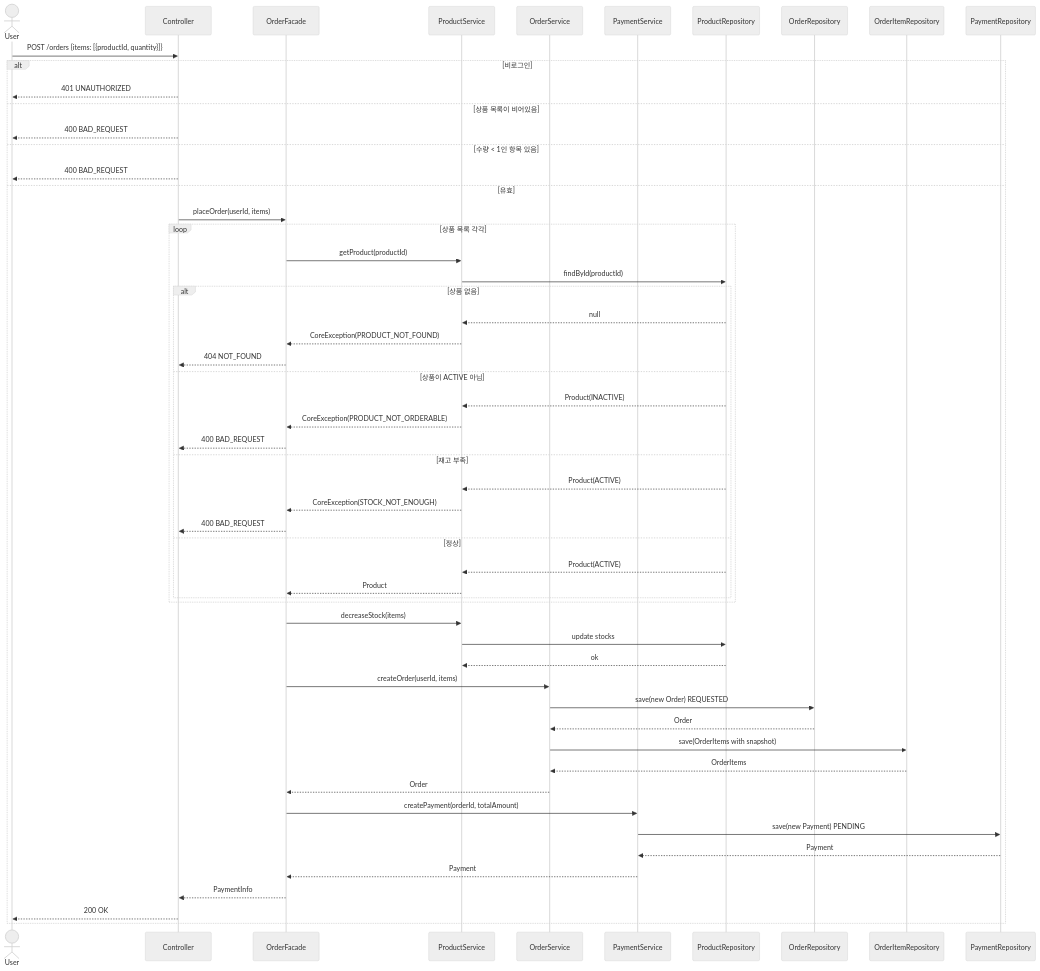
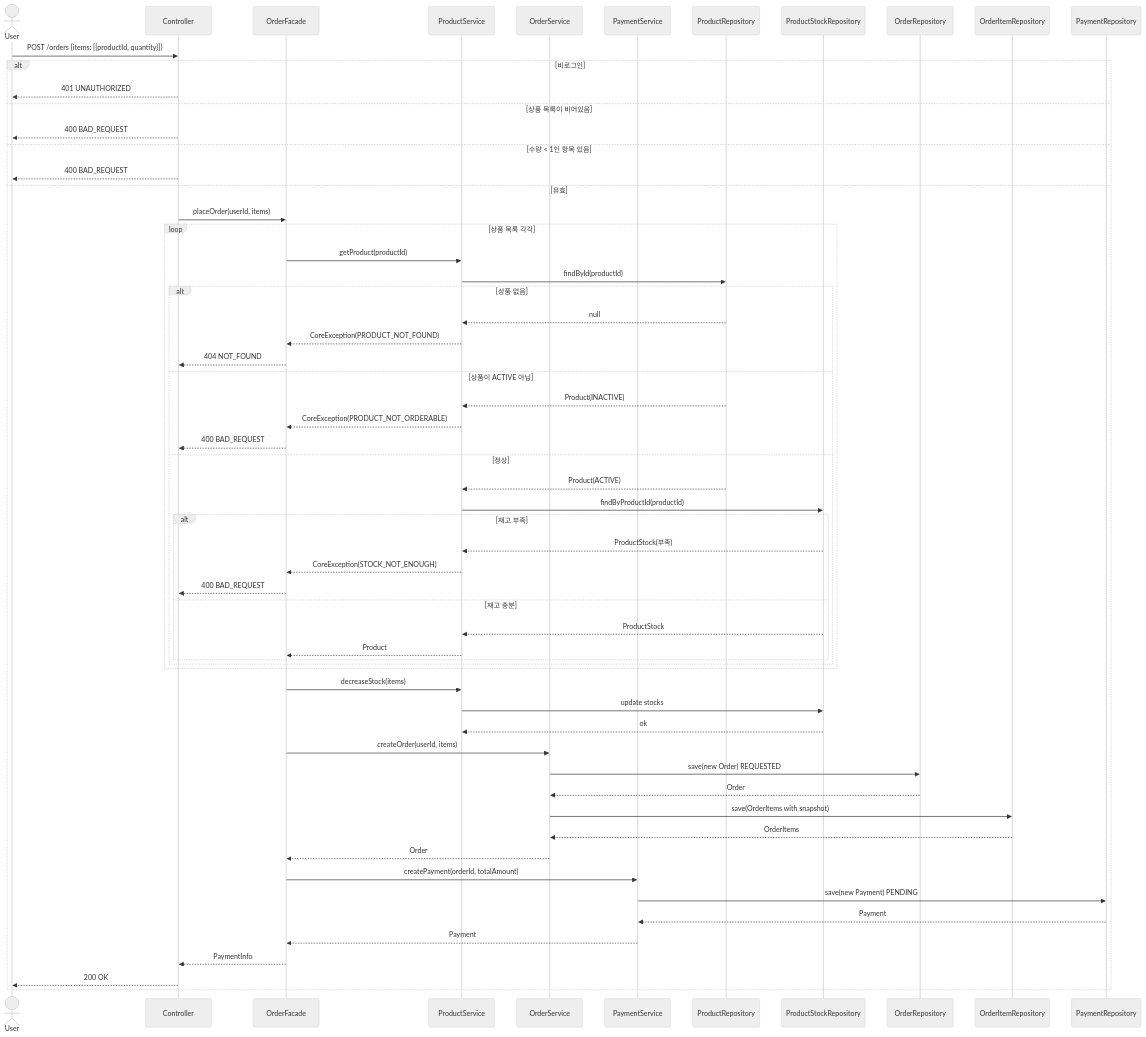
One commit to loopers-labs/loop-pack-be-l2-vol4-java changed the second of 4 diagrams in docs/design/02-sequence-diagrams.md. Above: the diagram before and after it, drawn with Mermaid (neutral theme). The commit also changed other lines of this file and 2 other files, not shown here.

Commit message:
docs : 상품수량 테이블 분리

````diff
--- a/docs/design/02-sequence-diagrams.md
+++ b/docs/design/02-sequence-diagrams.md
@@ -58,66 +58,71 @@
 ```mermaid
 sequenceDiagram
     actor User
     participant Controller
     participant OrderFacade
     participant ProductService
     participant OrderService
     participant PaymentService
     participant ProductRepository
+    participant ProductStockRepository
     participant OrderRepository
     participant OrderItemRepository
     participant PaymentRepository
 
     User->>Controller: POST /orders {items: [{productId, quantity}]}
 
     alt 비로그인
         Controller-->>User: 401 UNAUTHORIZED
     else 상품 목록이 비어있음
         Controller-->>User: 400 BAD_REQUEST
     else 수량 < 1인 항목 있음
         Controller-->>User: 400 BAD_REQUEST
     else 유효
         Controller->>OrderFacade: placeOrder(userId, items)
 
         loop 상품 목록 각각
             OrderFacade->>ProductService: getProduct(productId)
             ProductService->>ProductRepository: findById(productId)
 
             alt 상품 없음
                 ProductRepository-->>ProductService: null
                 ProductService-->>OrderFacade: CoreException(PRODUCT_NOT_FOUND)
                 OrderFacade-->>Controller: 404 NOT_FOUND
             else 상품이 ACTIVE 아님
                 ProductRepository-->>ProductService: Product(INACTIVE)
                 ProductService-->>OrderFacade: CoreException(PRODUCT_NOT_ORDERABLE)
                 OrderFacade-->>Controller: 400 BAD_REQUEST
-            else 재고 부족
-                ProductRepository-->>ProductService: Product(ACTIVE)
-                ProductService-->>OrderFacade: CoreException(STOCK_NOT_ENOUGH)
-                OrderFacade-->>Controller: 400 BAD_REQUEST
             else 정상
                 ProductRepository-->>ProductService: Product(ACTIVE)
-                ProductService-->>OrderFacade: Product
+                ProductService->>ProductStockRepository: findByProductId(productId)
+                alt 재고 부족
+                    ProductStockRepository-->>ProductService: ProductStock(부족)
+                    ProductService-->>OrderFacade: CoreException(STOCK_NOT_ENOUGH)
+                    OrderFacade-->>Controller: 400 BAD_REQUEST
+                else 재고 충분
+                    ProductStockRepository-->>ProductService: ProductStock
+                    ProductService-->>OrderFacade: Product
+                end
             end
         end
 
         OrderFacade->>ProductService: decreaseStock(items)
-        ProductService->>ProductRepository: update stocks
-        ProductRepository-->>ProductService: ok
+        ProductService->>ProductStockRepository: update stocks
+        ProductStockRepository-->>ProductService: ok
 
         OrderFacade->>OrderService: createOrder(userId, items)
         OrderService->>OrderRepository: save(new Order) REQUESTED
         OrderRepository-->>OrderService: Order
         OrderService->>OrderItemRepository: save(OrderItems with snapshot)
         OrderItemRepository-->>OrderService: OrderItems
         OrderService-->>OrderFacade: Order
 
         OrderFacade->>PaymentService: createPayment(orderId, totalAmount)
         PaymentService->>PaymentRepository: save(new Payment) PENDING
         PaymentRepository-->>PaymentService: Payment
         PaymentService-->>OrderFacade: Payment
 
         OrderFacade-->>Controller: PaymentInfo
         Controller-->>User: 200 OK
     end
 ```
````
